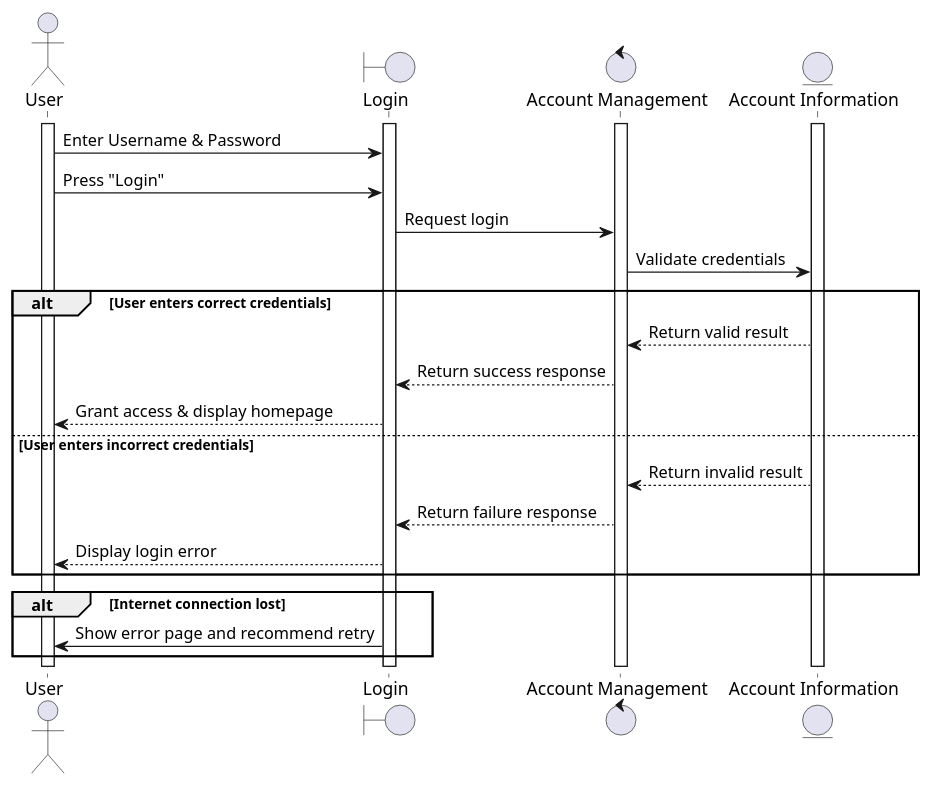
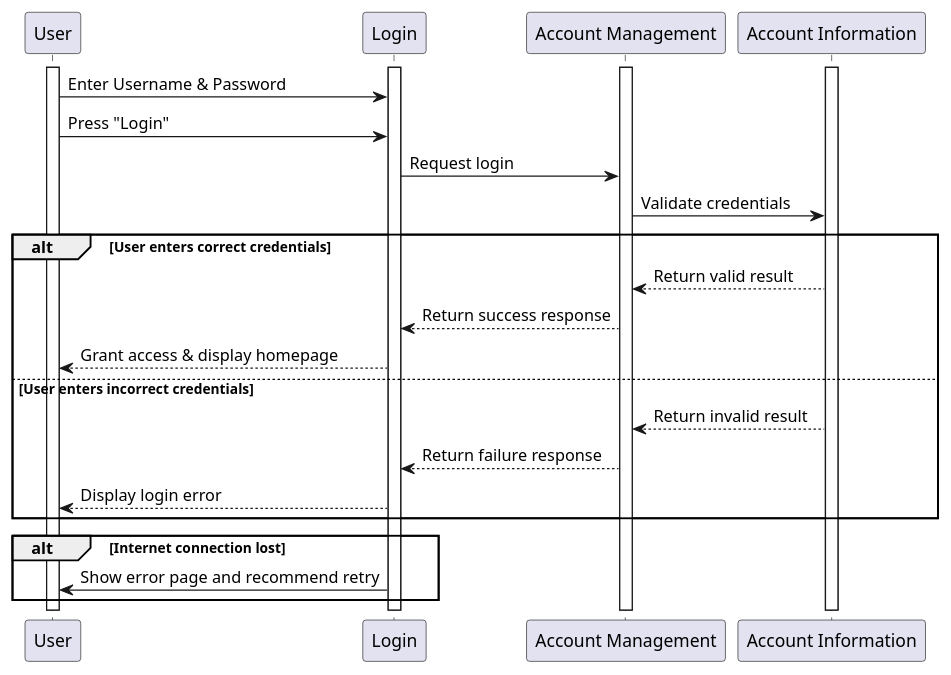
The diagram in PUML/BE9.puml (AhsanM71/SFWRENG-3A04-D1), drawn with PlantUML before and after one commit. The commit also changed 13 other files, not shown here.

Commit message:
updated sequence diagrams

```diff
--- a/PUML/BE9.puml
+++ b/PUML/BE9.puml
@@ -1,30 +1,32 @@
 @startuml be9
-actor User
-boundary "Login" as Login
-control "Account Management" as Controller
-entity "Account Information" as AccountInfo
+
+participant User
+participant "Login"
+participant "Account Management"
+participant "Account Information"
 
 activate User
-activate Login
-activate Controller
-activate AccountInfo
+activate "Login"
+activate "Account Management"
+activate "Account Information"
 
-User -> Login: Enter Username & Password
-User -> Login: Press "Login"
-Login -> Controller: Request login
-Controller -> AccountInfo: Validate credentials
+User -> "Login": Enter Username & Password
+User -> "Login": Press "Login"
+"Login" -> "Account Management": Request login
+"Account Management" -> "Account Information": Validate credentials
+
 alt User enters correct credentials
-    AccountInfo --> Controller: Return valid result
-    Controller --> Login: Return success response
-    Login --> User: Grant access & display homepage
+    "Account Information" --> "Account Management": Return valid result
+    "Account Management" --> "Login": Return success response
+    "Login" --> User: Grant access & display homepage
 else User enters incorrect credentials
-    AccountInfo --> Controller: Return invalid result
-    Controller --> Login: Return failure response
-    Login --> User: Display login error
+    "Account Information" --> "Account Management": Return invalid result
+    "Account Management" --> "Login": Return failure response
+    "Login" --> User: Display login error
 end
 
 alt Internet connection lost
-    Login -> User: Show error page and recommend retry
+    "Login" -> User: Show error page and recommend retry
 end
 
 @enduml
```
